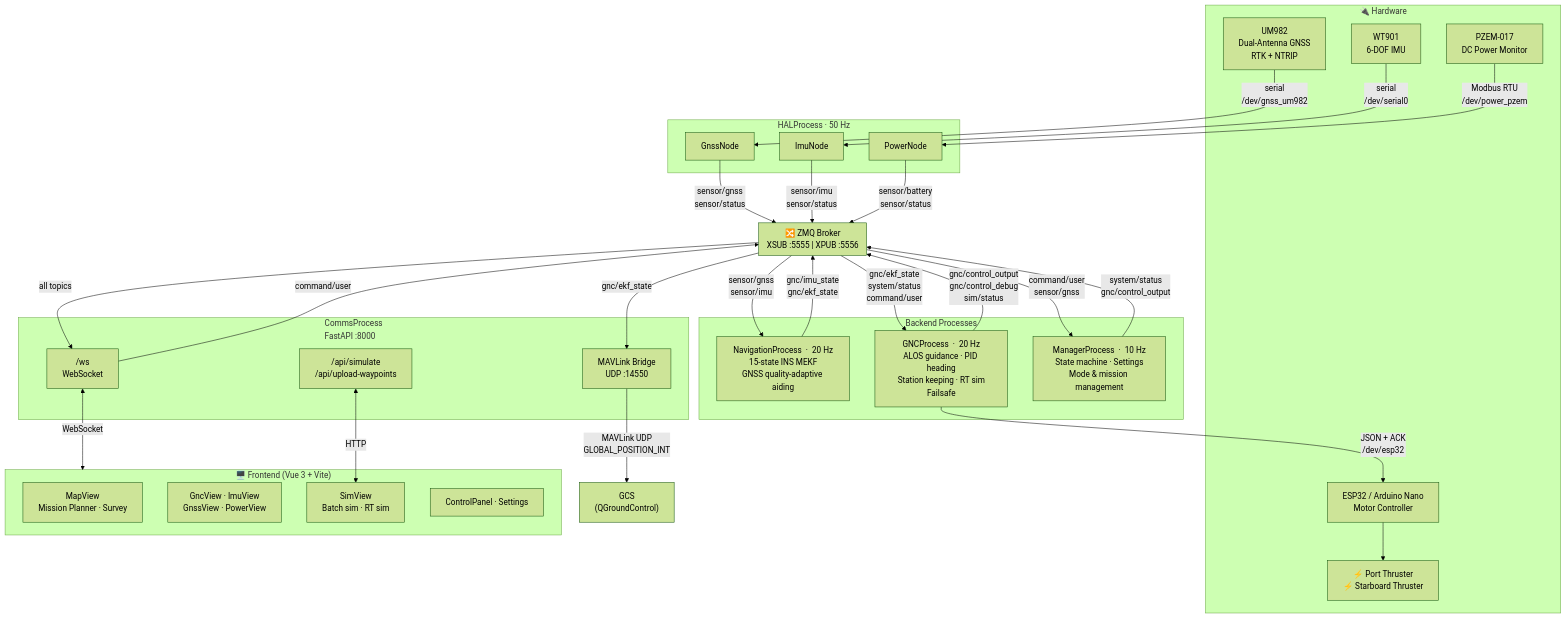
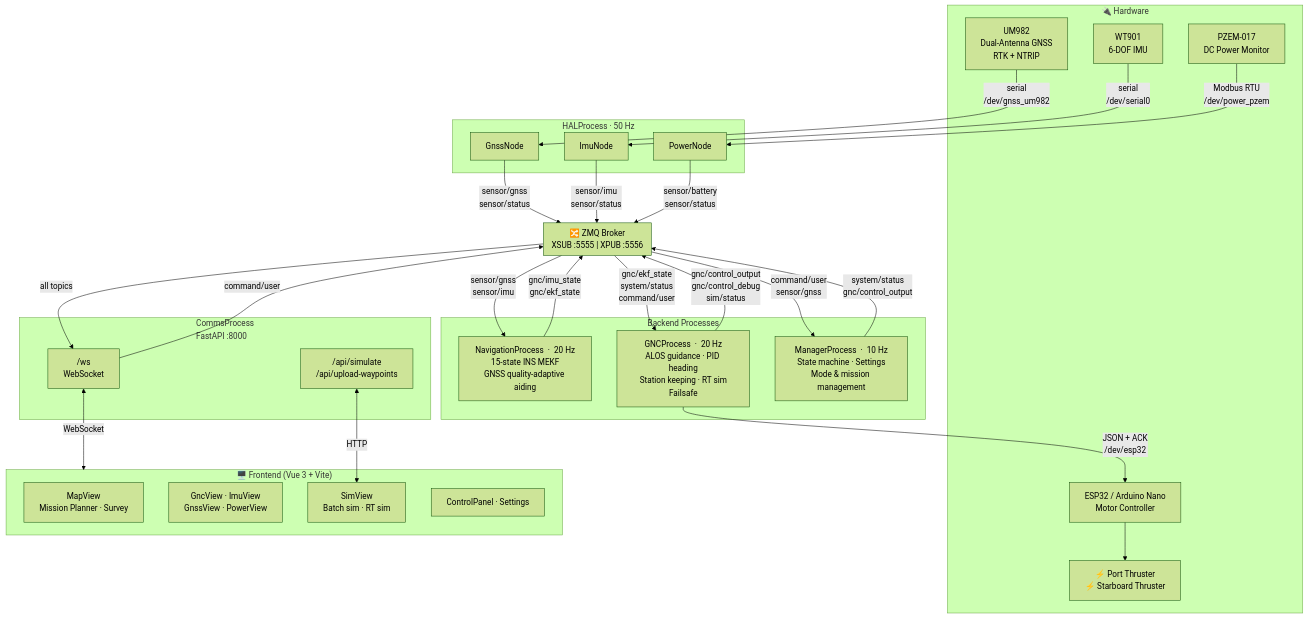
One commit to Vidanfra/ControlUSV changed the diagram in README.md. Above: the diagram before and after it, drawn with Mermaid (forest theme). The commit also changed other lines of this file and 15 other files, not shown here.

````diff
--- a/README.md
+++ b/README.md
@@ -58,78 +57,71 @@
 ```mermaid
 flowchart TB
     subgraph HW["🔌 Hardware"]
         UM982["UM982\nDual-Antenna GNSS\nRTK + NTRIP"]
         WT901["WT901\n6-DOF IMU"]
         PZEM["PZEM-017\nDC Power Monitor"]
         ESP["ESP32 / Arduino Nano\nMotor Controller"]
         MOTORS["⚡ Port Thruster\n⚡ Starboard Thruster"]
     end
 
     subgraph HAL["HALProcess  ·  50 Hz"]
         GnssNode["GnssNode"]
         ImuNode["ImuNode"]
         PowerNode["PowerNode"]
     end
 
     subgraph BROKER["🔀 ZMQ Broker\nXSUB :5555  |  XPUB :5556"]
     end
 
     subgraph BACKEND["Backend Processes"]
         NAV["NavigationProcess  ·  20 Hz\n15-state INS MEKF\nGNSS quality-adaptive aiding"]
         GNC["GNCProcess  ·  20 Hz\nALOS guidance · PID heading\nStation keeping · RT sim\nFailsafe"]
         MGR["ManagerProcess  ·  10 Hz\nState machine · Settings\nMode & mission management"]
     end
 
     subgraph COMMS["CommsProcess\nFastAPI  :8000"]
         WS["/ws\nWebSocket"]
         REST["/api/simulate\n/api/upload-waypoints"]
-        MAVLINK["MAVLink Bridge\nUDP  :14550"]
     end
 
     subgraph FE["🖥️  Frontend  (Vue 3 + Vite)"]
         MAP["MapView\nMission Planner · Survey"]
         VIEWS["GncView · ImuView\nGnssView · PowerView"]
         SIM["SimView\nBatch sim · RT sim"]
         CTRL["ControlPanel · Settings"]
     end
-
-    GCS["GCS\n(QGroundControl)"]
 
     %% Hardware → HAL
     UM982 -->|"serial\n/dev/gnss_um982"| GnssNode
     WT901 -->|"serial\n/dev/serial0"| ImuNode
     PZEM  -->|"Modbus RTU\n/dev/power_pzem"| PowerNode
 
     %% HAL → Broker
     GnssNode  -->|"sensor/gnss\nsensor/status"| BROKER
     ImuNode   -->|"sensor/imu\nsensor/status"| BROKER
     PowerNode -->|"sensor/battery\nsensor/status"| BROKER
 
     %% Broker → Navigation
     BROKER -->|"sensor/gnss\nsensor/imu"| NAV
     NAV    -->|"gnc/imu_state\ngnc/ekf_state"| BROKER
 
     %% Broker → GNC
     BROKER -->|"gnc/ekf_state\nsystem/status\ncommand/user"| GNC
     GNC    -->|"gnc/control_output\ngnc/control_debug\nsim/status"| BROKER
 
     %% GNC → Motor hardware
     GNC -->|"JSON + ACK\n/dev/esp32"| ESP
     ESP --> MOTORS
 
     %% Broker → Manager
     BROKER -->|"command/user\nsensor/gnss"| MGR
     MGR    -->|"system/status\ngnc/control_output"| BROKER
 
     %% Broker → Comms
     BROKER  -->|"all topics"| WS
     WS      -->|"command/user"| BROKER
 
     %% Comms → Frontend
     WS   <-->|"WebSocket"| FE
     REST <-->|"HTTP"| SIM
-
-    %% MAVLink
-    BROKER -->|"gnc/ekf_state"| MAVLINK
-    MAVLINK -->|"MAVLink UDP\nGLOBAL_POSITION_INT"| GCS
 ```
````
